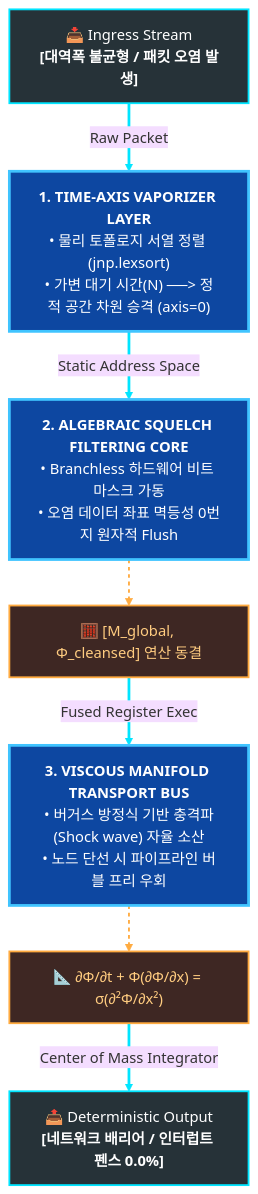
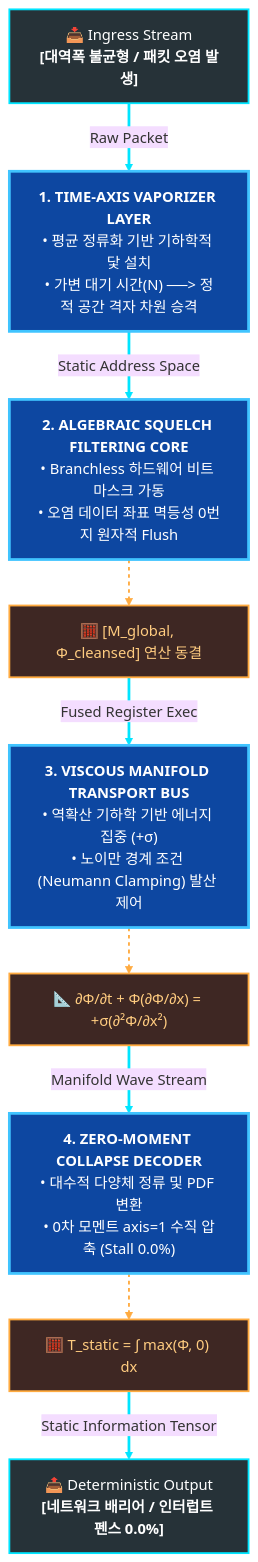
The diagram in README.md (PJHkorea/Fluidic_Network_Grid), drawn with Mermaid (base theme) before and after one commit. The commit also changed other lines of this file, not shown here.

````diff
--- a/README.md
+++ b/README.md
@@ -54,32 +173,38 @@
 ```mermaid
 graph TD
     %% 가시성 극대화를 위한 다크/라이트 하이브리드 스타일 정의
     classDef stage fill:#263238,stroke:#00e5ff,stroke-width:2px,color:#ffffff;
     classDef layer fill:#0d47a1,stroke:#40c4ff,stroke-width:3px,color:#ffffff;
     classDef math fill:#3e2723,stroke:#ffab40,stroke-width:2px,color:#ffcc80;
 
     %% 노드 구성
     Ingress["📥 Ingress Stream<br/><b>[대역폭 불균형 / 패킷 오염 발생]</b>"]:::stage
     
-    L1["<b>1. TIME-AXIS VAPORIZER LAYER</b><br/>• 물리 토폴로지 서열 정렬 (jnp.lexsort)<br/>• 가변 대기 시간(N) ──> 정적 공간 차원 승격 (axis=0)"]:::layer
+    L1["<b>1. TIME-AXIS VAPORIZER LAYER</b><br/>• 평균 정류화 기반 기하학적 닻 설치<br/>• 가변 대기 시간(N) ──> 정적 공간 격자 차원 승격"]:::layer
     
     L2["<b>2. ALGEBRAIC SQUELCH FILTERING CORE</b><br/>• Branchless 하드웨어 비트 마스크 가동<br/>• 오염 데이터 좌표 멱등성 0번지 원자적 Flush"]:::layer
     Eq2["🧮 [M_global, Φ_cleansed] 연산 동결"]:::math
     
-    L3["<b>3. VISCOUS MANIFOLD TRANSPORT BUS</b><br/>• 버거스 방정식 기반 충격파(Shock wave) 자율 소산<br/>• 노드 단선 시 파이프라인 버블 프리 우회"]:::layer
-    Eq3["📐 ∂Φ/∂t + Φ(∂Φ/∂x) = σ(∂²Φ/∂x²)"]:::math
+    L3["<b>3. VISCOUS MANIFOLD TRANSPORT BUS</b><br/>• 역확산 기하학 기반 에너지 집중 (+σ)<br/>• 노이만 경계 조건 (Neumann Clamping) 발산 제어"]:::layer
+    Eq3["📐 ∂Φ/∂t + Φ(∂Φ/∂x) = +σ(∂²Φ/∂x²)"]:::math
+
+    L4["<b>4. ZERO-MOMENT COLLAPSE DECODER</b><br/>• 대수적 다양체 정류 및 PDF 변환<br/>• 0차 모멘트 axis=1 수직 압축 (Stall 0.0%)"]:::layer
+    Eq4["🧮 T_static = ∫ max(Φ, 0) dx"]:::math
     
     Output["📤 Deterministic Output<br/><b>[네트워크 배리어 / 인터럽트 펜스 0.0%]</b>"]:::stage
 
     %% 연결 관계 및 데이터 흐름 가시성 강화 (굵은 선 및 컬러 매칭)
     Ingress ==> |"Raw Packet"| L1
     L1 ==> |"Static Address Space"| L2
     L2 --> Eq2
     Eq2 ==> |"Fused Register Exec"| L3
     L3 --> Eq3
-    Eq3 ==> |"Center of Mass Integrator"| Output
+    Eq3 ==> |"Manifold Wave Stream"| L4
+    L4 --> Eq4
+    Eq4 ==> |"Static Information Tensor"| Output
 
     %% 링크 스타일 수동 지정 (깃허브 렌더링 호환성 보장)
-    linkStyle 0,1,3,5 stroke:#00e5ff,stroke-width:3px;
-    linkStyle 2,4 stroke:#ffab40,stroke-width:2px,stroke-dasharray: 4;
+    linkStyle 0,1,3,5,7 stroke:#00e5ff,stroke-width:3px;
+    linkStyle 2,4,6 stroke:#ffab40,stroke-width:2px,stroke-dasharray: 4;
+
 ```
````
